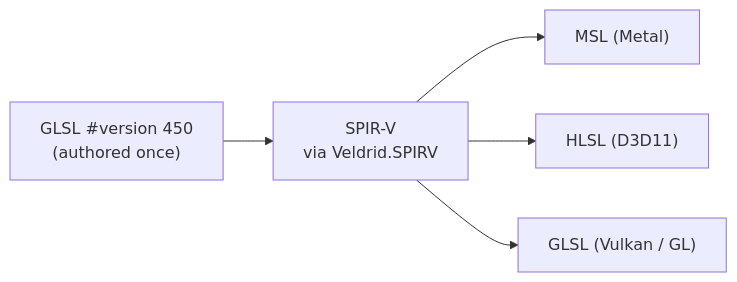
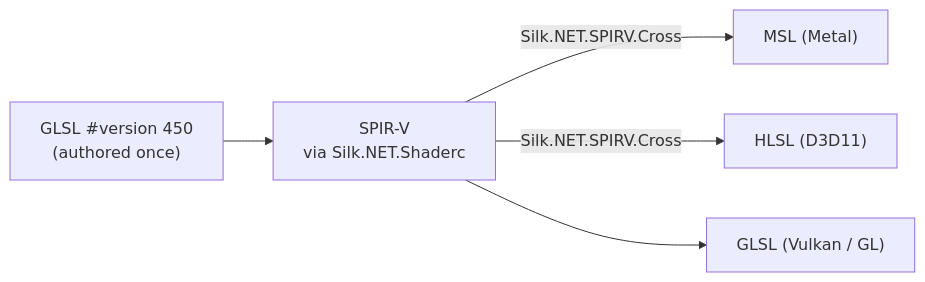
Before and after one commit to APKiwiOrg/KhaozEngine: the third of 3 diagrams in docs/RENDER-PIPELINE.md, drawn with Mermaid. The commit also changed 13 other files, not shown here.

````diff
--- a/docs/RENDER-PIPELINE.md
+++ b/docs/RENDER-PIPELINE.md
@@ -79,7 +79,7 @@
 ```mermaid
 flowchart LR
-    GLSL["GLSL #version 450<br/>(authored once)"] --> SPV["SPIR-V<br/>via Veldrid.SPIRV"]
-    SPV --> MSL["MSL (Metal)"]
-    SPV --> HLSL["HLSL (D3D11)"]
+    GLSL["GLSL #version 450<br/>(authored once)"] --> SPV["SPIR-V<br/>via Silk.NET.Shaderc"]
+    SPV -->|Silk.NET.SPIRV.Cross| MSL["MSL (Metal)"]
+    SPV -->|Silk.NET.SPIRV.Cross| HLSL["HLSL (D3D11)"]
     SPV --> GLO["GLSL (Vulkan / GL)"]
 ```
````
